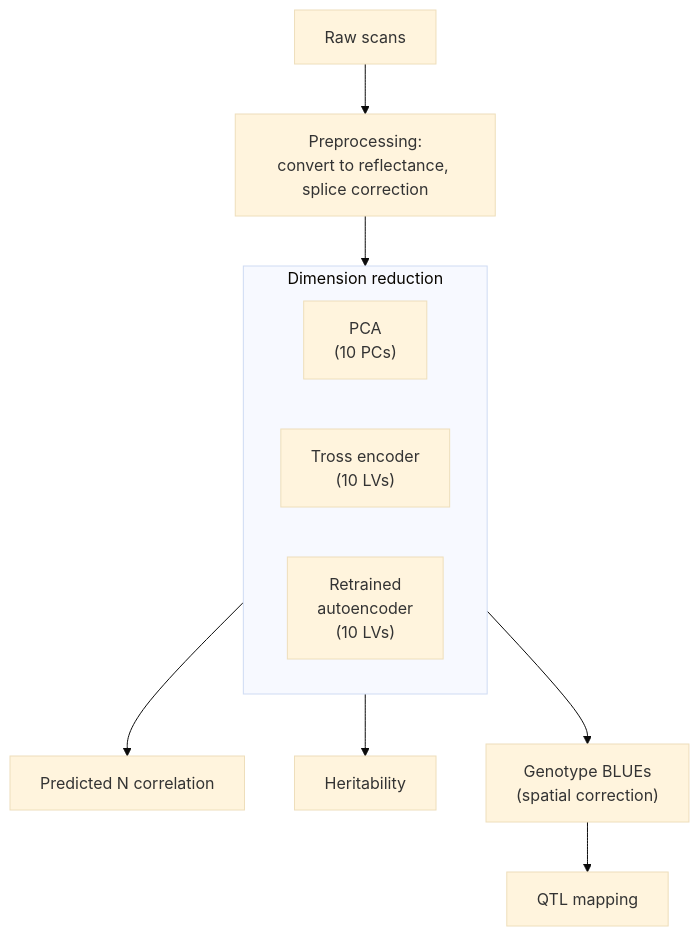
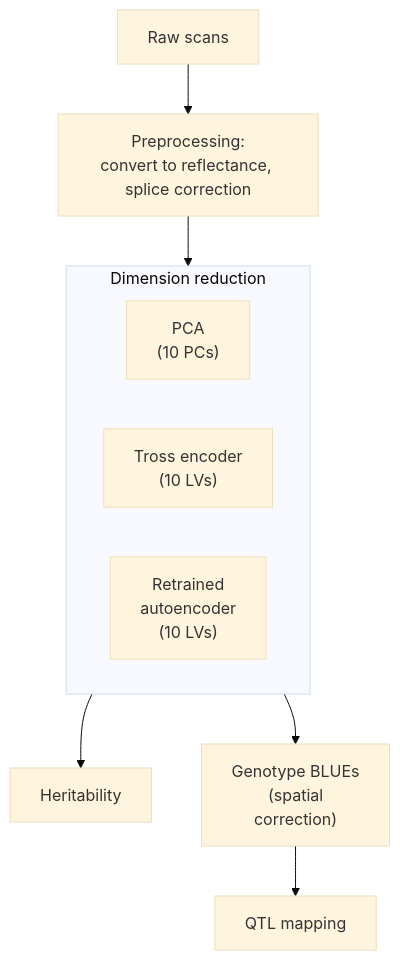
Before and after one commit to HannahPil/HypeSpec: the diagram in README.md, drawn with Mermaid (base theme).

Commit message:
README flowchart: drop Predicted N box, wrap BLUEs label

````diff
--- a/README.md
+++ b/README.md
@@ -11,17 +11,16 @@
 ```mermaid
 flowchart TD
     A["Raw scans"] --> B["Preprocessing:<br/>convert to reflectance, splice correction"]
     B --> DR
 
     subgraph DR["Dimension reduction"]
         direction LR
         P["PCA<br/>(10 PCs)"]
         T["Tross encoder<br/>(10 LVs)"]
         R["Retrained<br/>autoencoder<br/>(10 LVs)"]
     end
 
-    DR --> G["Predicted N correlation"]
     DR --> H["Heritability"]
-    DR --> BL["Genotype BLUEs<br/>(spatial correction)"]
+    DR --> BL["Genotype BLUEs<br/>(spatial<br/>correction)"]
     BL --> Q["QTL mapping"]
 ```
````
